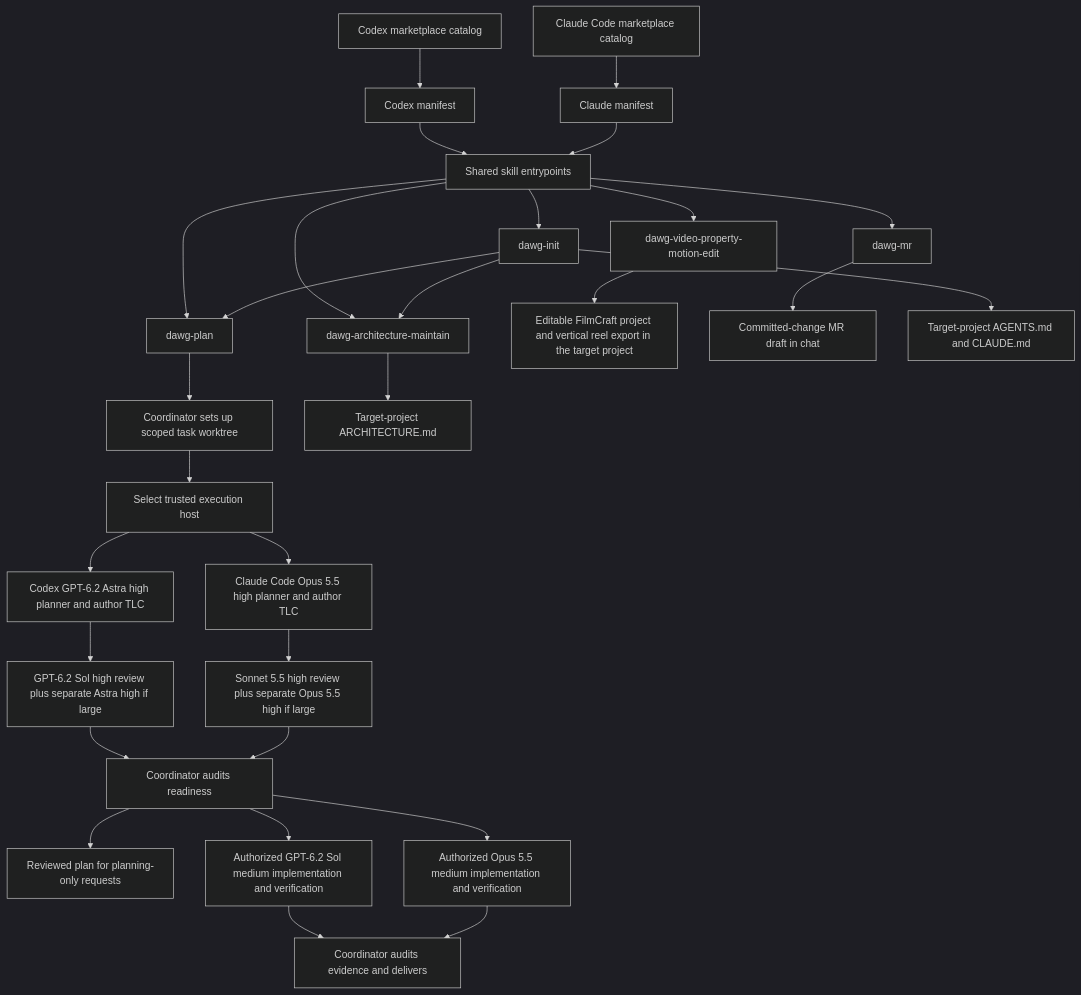
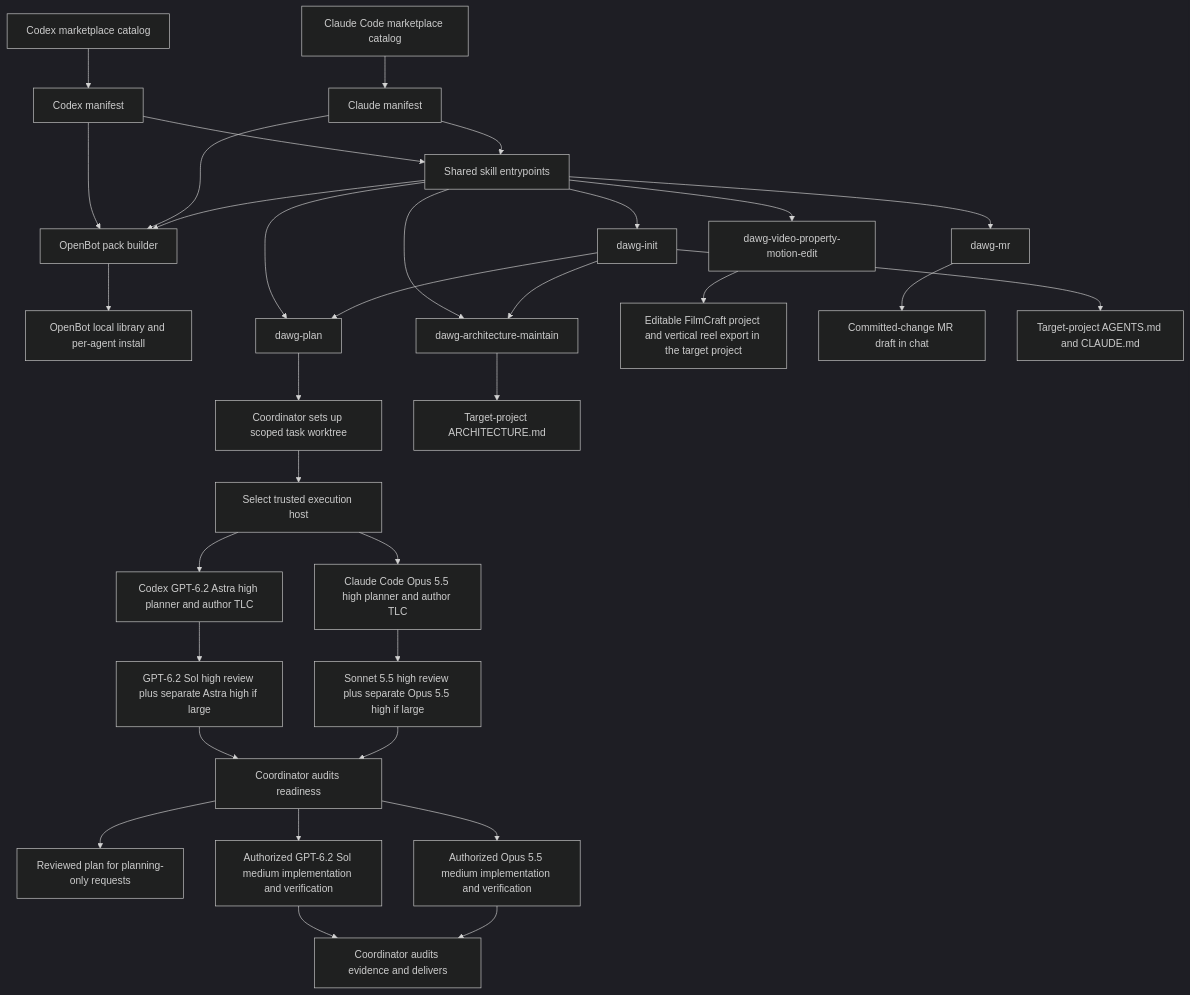
The diagram in ARCHITECTURE.md (pdawgy-sg/pdawgy-skills), drawn with Mermaid (dark theme) before and after one commit. The commit also changed other lines of this file and 4 other files, not shown here.

First line of the commit message:
feat(packaging): add the Dawg OpenBot skill pack

````diff
--- a/ARCHITECTURE.md
+++ b/ARCHITECTURE.md
@@ -146,31 +151,35 @@
 ```mermaid
 flowchart TD
     CodexCatalog[Codex marketplace catalog] --> CodexManifest[Codex manifest]
     ClaudeCatalog[Claude Code marketplace catalog] --> ClaudeManifest[Claude manifest]
     CodexManifest --> Skills[Shared skill entrypoints]
     ClaudeManifest --> Skills
+    CodexManifest --> PackBuilder[OpenBot pack builder]
+    ClaudeManifest --> PackBuilder
+    Skills --> PackBuilder
+    PackBuilder --> OpenBot[OpenBot local library and per-agent install]
     Skills --> Init[dawg-init]
     Skills --> Plan[dawg-plan]
     Skills --> Maintain[dawg-architecture-maintain]
     Skills --> MR[dawg-mr]
     Skills --> Video[dawg-video-property-motion-edit]
     Video --> Reel[Editable FilmCraft project and vertical reel export in the target project]
     MR --> Message[Committed-change MR draft in chat]
     Init --> Plan
     Init --> Maintain
     Plan --> Coordinator[Coordinator sets up scoped task worktree]
     Coordinator --> Host[Select trusted execution host]
     Host --> CodexPlanner[Codex GPT-6.2 Astra high planner and author TLC]
     Host --> ClaudePlanner[Claude Code Opus 5.5 high planner and author TLC]
     CodexPlanner --> CodexReviews[GPT-6.2 Sol high review plus separate Astra high if large]
     ClaudePlanner --> ClaudeReviews[Sonnet 5.5 high review plus separate Opus 5.5 high if large]
     CodexReviews --> Ready[Coordinator audits readiness]
     ClaudeReviews --> Ready
     Ready --> Handoff[Reviewed plan for planning-only requests]
     Ready --> CodexImplementer[Authorized GPT-6.2 Sol medium implementation and verification]
     Ready --> ClaudeImplementer[Authorized Opus 5.5 medium implementation and verification]
     CodexImplementer --> Delivery[Coordinator audits evidence and delivers]
     ClaudeImplementer --> Delivery
     Init --> Guidance[Target-project AGENTS.md and CLAUDE.md]
     Maintain --> Architecture[Target-project ARCHITECTURE.md]
 ```
````
